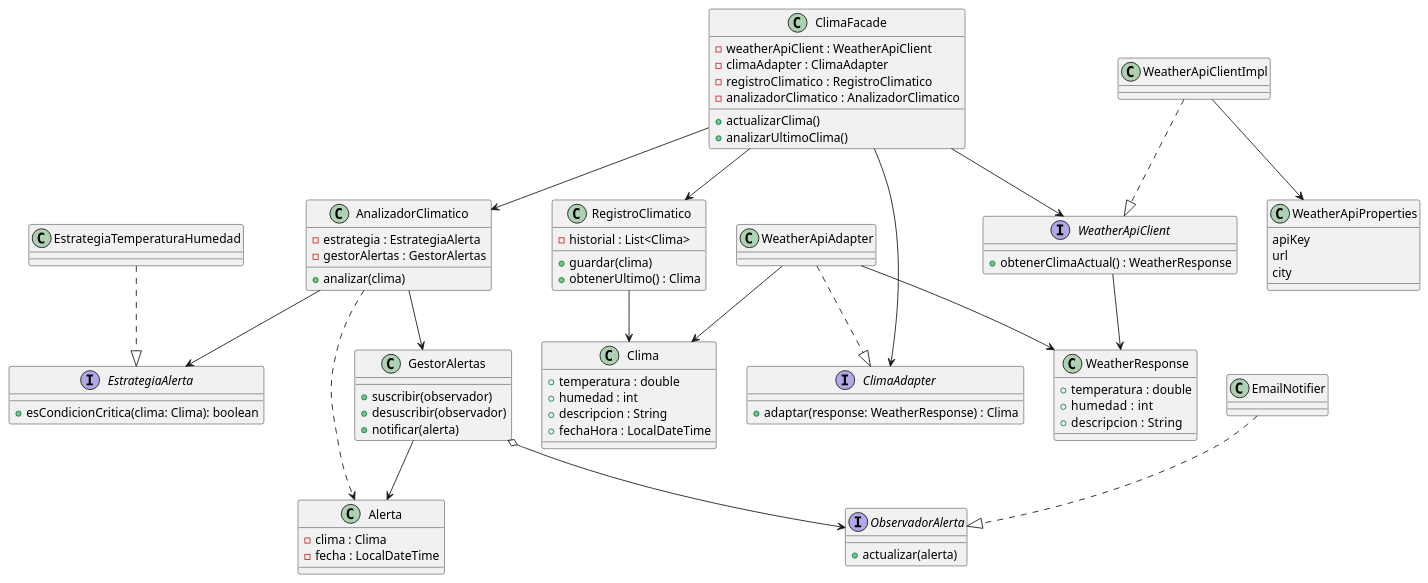
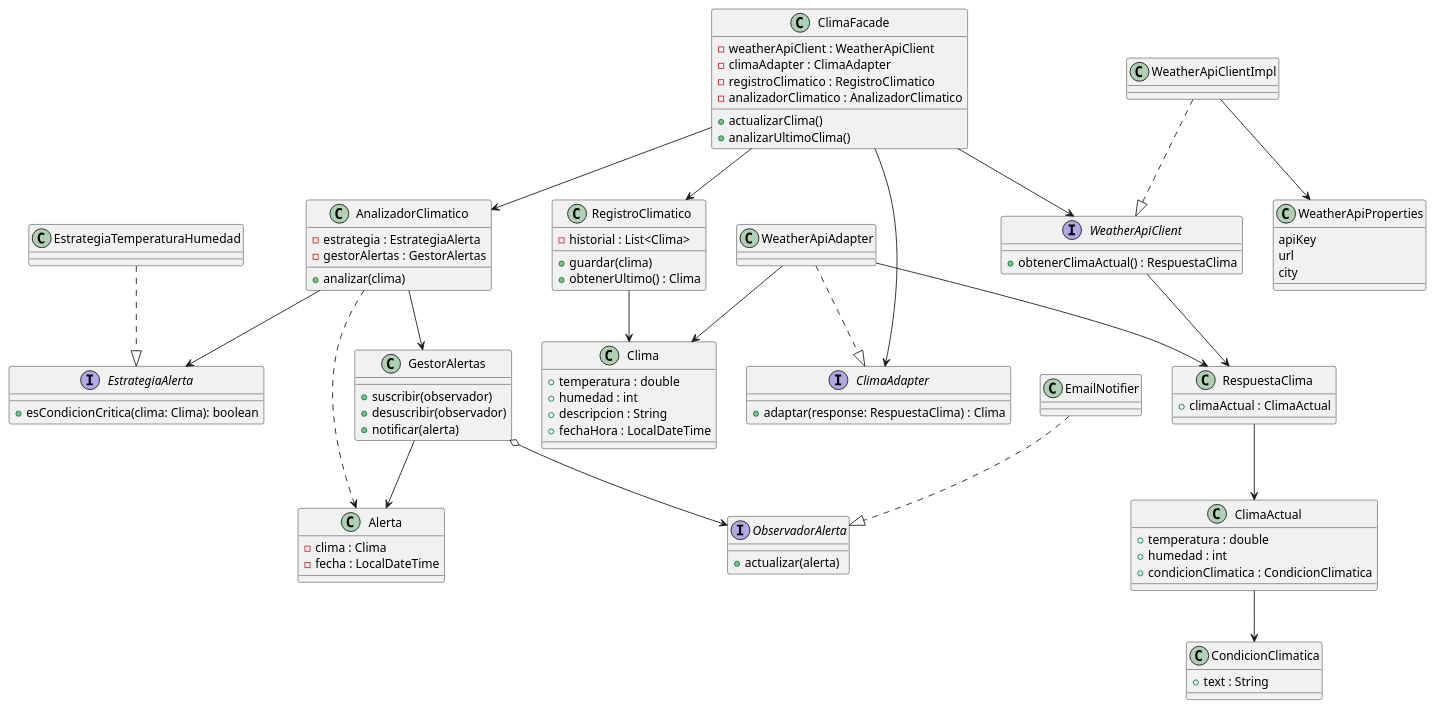
The diagram in DiagramaDeClase.puml (GJorgeFranzosi/Climalert), drawn with PlantUML before and after one commit. The commit also changed 10 other files, not shown here.

Commit message:
Mayor claridad, limpio codigo y diagrama

```diff
--- a/DiagramaDeClase.puml
+++ b/DiagramaDeClase.puml
@@ -1,139 +1,150 @@
 @startuml
 
 '==== DOMINIO ====
 
 class Clima {
     +temperatura : double
     +humedad : int
     +descripcion : String
     +fechaHora : LocalDateTime
 }
 
 'Una alerta generada que contiene los datos necesarios para notificar
 class Alerta {
     -clima : Clima
     -fecha : LocalDateTime
 }
 
 '==== WEATHER API ====
 'Implementación rest del proveedor WeatherAPI
 
 'Facil cambiar de proovedor
 interface WeatherApiClient {
-    +obtenerClimaActual() : WeatherResponse
+    +obtenerClimaActual() : RespuestaClima
 }
 
 class WeatherApiClientImpl
 
 WeatherApiClientImpl ..|> WeatherApiClient
 
-'Dto del JSON recibido
-class WeatherResponse {
+'Dtos del JSON recibido
+class RespuestaClima {
+    +climaActual : ClimaActual
+}
+
+class ClimaActual {
     +temperatura : double
-    +humedad  : int
-    +descripcion  : String
+    +humedad : int
+    +condicionClimatica : CondicionClimatica
+}
+
+class CondicionClimatica {
+    +text : String
 }
 
 '==== SERVICES ====
 'Obtiene un Clima, lo analiza, crea una alerta y avisa al GestorAlertas
 class AnalizadorClimatico {
     -estrategia : EstrategiaAlerta
     -gestorAlertas : GestorAlertas
 
     +analizar(clima)
 }
 
 class RegistroClimatico {
     -historial : List<Clima>
 
     +guardar(clima)
     +obtenerUltimo() : Clima
 }
 
 '==== PATRÓN FACADE ====
 'Adapta el clima obtenido al modelo interno
 
 class ClimaFacade {
     -weatherApiClient : WeatherApiClient
     -climaAdapter : ClimaAdapter
     -registroClimatico : RegistroClimatico
     -analizadorClimatico : AnalizadorClimatico
 
     +actualizarClima()
     +analizarUltimoClima()
 }
 
 '==== PATRÓN ADAPTER ====
-'Convierte un WeatherResponse en un Clima del dominio
+'Convierte un RespuestaClima en un Clima del dominio
 
 interface ClimaAdapter {
-    +adaptar(response: WeatherResponse) : Clima
+    +adaptar(response: RespuestaClima) : Clima
 }
 
 class WeatherApiAdapter
 
 WeatherApiAdapter ..|> ClimaAdapter
 
 '==== PATRÓN STRATEGY ====
 
 interface EstrategiaAlerta {
     +esCondicionCritica(clima: Clima): boolean
 }
 
 class EstrategiaTemperaturaHumedad
 
 EstrategiaTemperaturaHumedad ..|> EstrategiaAlerta
 
 '==== PATRÓN OBSERVER ====
 
 'Representa cualquier componente interesado en enterarse de una alerta
 interface ObservadorAlerta {
     +actualizar(alerta)
 }
 
 'Observador concreto
 class EmailNotifier
 
-EmailNotifier ..|> ObservadorAlerta
-
 'Contiene una lista de observadores para informar
 class GestorAlertas {
     +suscribir(observador)
     +desuscribir(observador)
     +notificar(alerta)
 }
 
 '==== CONFIG ====
 'Quizá no haga falta diagramarlo
 
 class WeatherApiProperties {
     apiKey
     url
     city
 }
 
 WeatherApiClientImpl --> WeatherApiProperties
 
 '==== RELACIONES ====
 
 ClimaFacade --> WeatherApiClient
 ClimaFacade --> ClimaAdapter
 ClimaFacade --> RegistroClimatico
 ClimaFacade --> AnalizadorClimatico
 
-WeatherApiClient --> WeatherResponse
-WeatherApiAdapter --> WeatherResponse
+WeatherApiClient --> RespuestaClima
+WeatherApiAdapter --> RespuestaClima
 WeatherApiAdapter --> Clima
 
 
 RegistroClimatico --> Clima
 
 AnalizadorClimatico --> EstrategiaAlerta
 AnalizadorClimatico --> GestorAlertas
 'Crea
 AnalizadorClimatico ..> Alerta
 
 GestorAlertas o--> ObservadorAlerta
 GestorAlertas --> Alerta
 
+RespuestaClima --> ClimaActual
+ClimaActual --> CondicionClimatica
+
+EmailNotifier ..|> ObservadorAlerta
+
 @enduml
```
